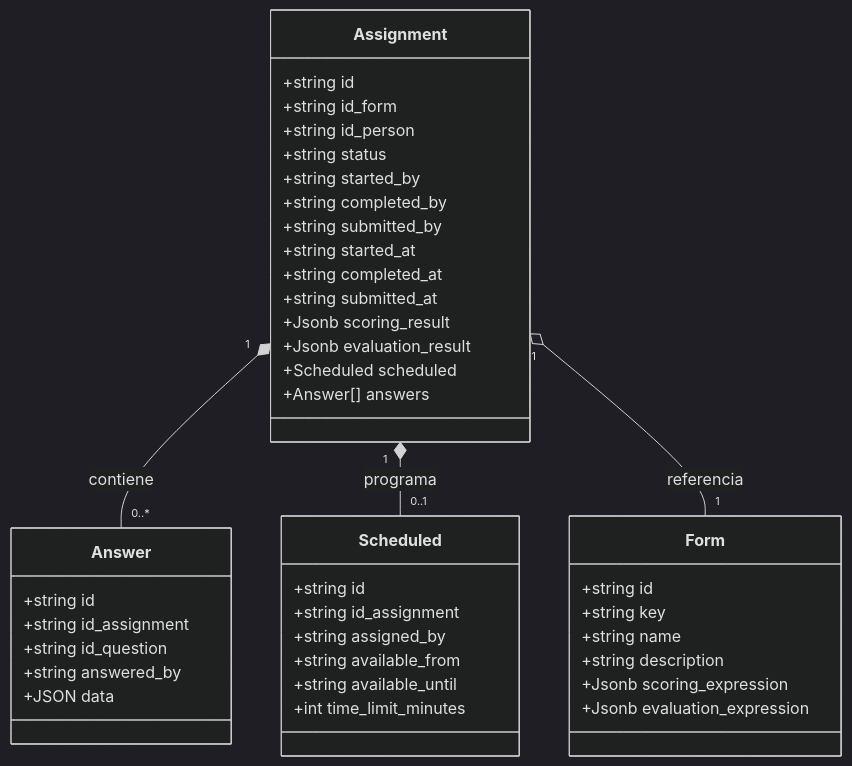
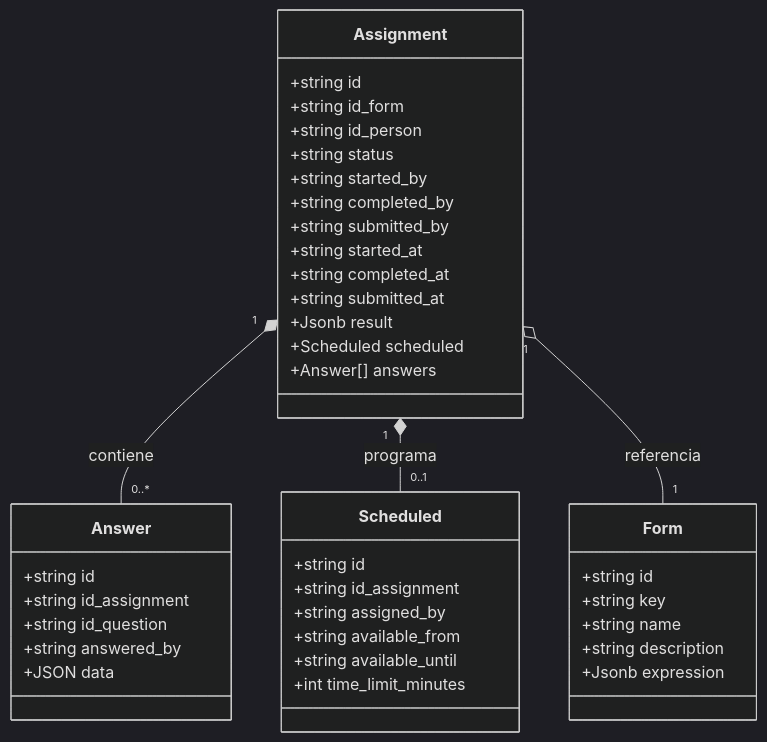
The diagram in features/questionnaires/responses/CLASS.mmd (m4ck-y/dh_docs), drawn with Mermaid (dark theme) before and after one commit. The commit also changed 32 other files, not shown here.

First line of the commit message:
docs(questionnaires): group expressions into expression/result envelopes

```diff
--- a/features/questionnaires/responses/CLASS.mmd
+++ b/features/questionnaires/responses/CLASS.mmd
@@ -1,57 +1,57 @@
 classDiagram
     %% ===============================================================
     %% Vista de documentos (MongoDB) del modelo de ejecución V2.
     %% Cada 'assignment' es un evento/documento raíz; sus 'answers' van
     %% embebidas. 'Form' se referencia (es compartido e inmutable).
     %% ===============================================================
 
     class Assignment {
         +string id
         +string id_form
         +string id_person
         +string status
         +string started_by
         +string completed_by
         +string submitted_by
         +string started_at
         +string completed_at
         +string submitted_at
-        +Jsonb scoring_result
-        +Jsonb evaluation_result
+        %% {scoring?, evaluation?, subscales?}; cada valor {value, type}
+        +Jsonb result
         +Scheduled scheduled
         +Answer[] answers
     }
 
     class Scheduled {
         +string id
         +string id_assignment
         +string assigned_by
         +string available_from
         +string available_until
         +int time_limit_minutes
     }
 
     class Answer {
         +string id
         +string id_assignment
         +string id_question
         +string answered_by
         %% {value, type}, mismos campos que un const del AST
         +JSON data
     }
 
     class Form {
         +string id
         +string key
         +string name
         +string description
-        +Jsonb scoring_expression
-        +Jsonb evaluation_expression
+        %% {scoring?, evaluation?, subscales?}
+        +Jsonb expression
     }
 
     %% Assignment embebe sus answers (composición)
     Assignment "1" *-- "0..*" Answer : contiene
     %% Scheduled es un subdocumento opcional embebido (solo flujo programado)
     Assignment "1" *-- "0..1" Scheduled : programa
     %% Form se referencia (agregación), no se embebe
     Assignment "1" o-- "1" Form : referencia
```
